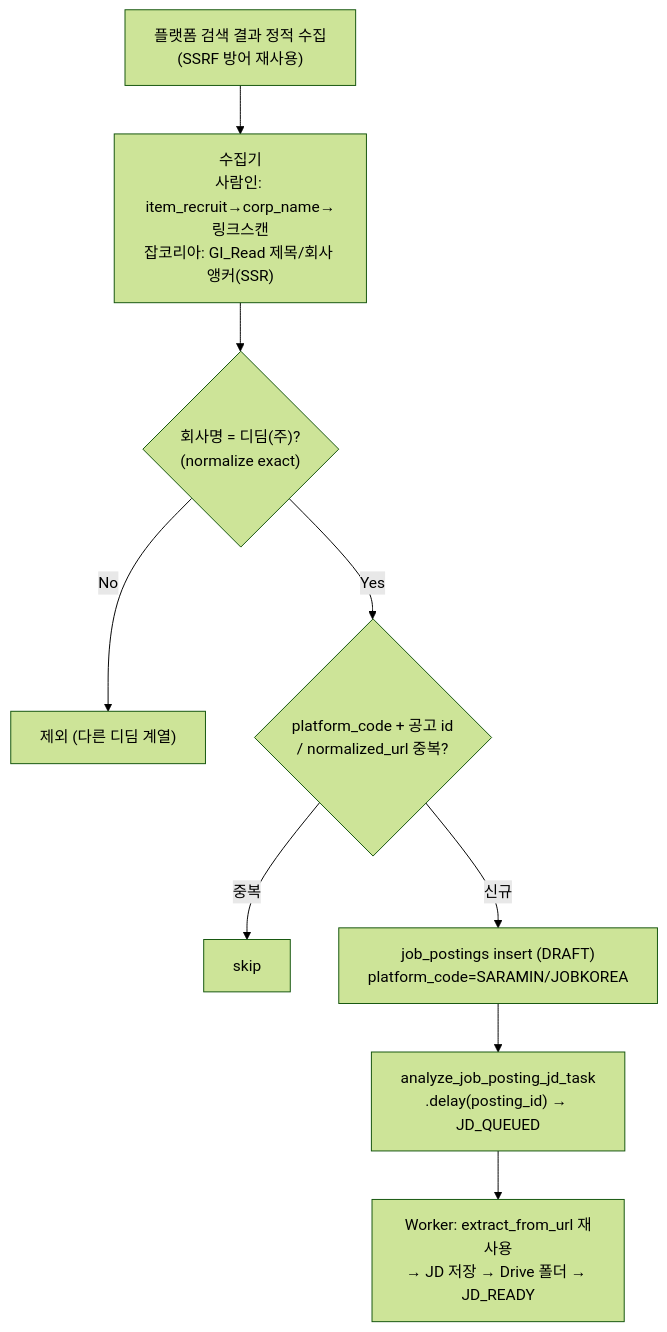
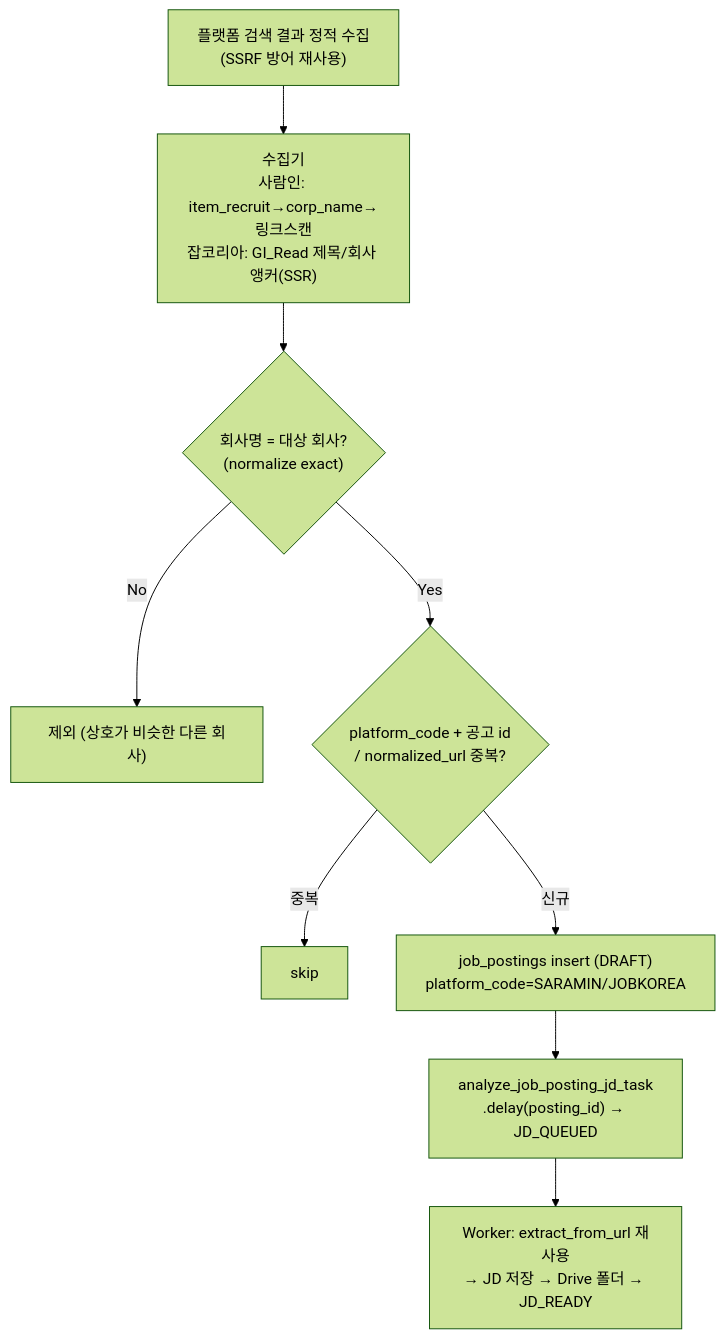
The sixth of 7 diagrams in README.md (gwanghun-choi/resume-auto-analyzer), drawn with Mermaid (forest theme) before and after one commit. The commit also changed other lines of this file and 40 other files, not shown here.

````diff
--- a/README.md
+++ b/README.md
@@ -297,11 +297,11 @@
 ```mermaid
 flowchart TD
     S["플랫폼 검색 결과 정적 수집<br/>(SSRF 방어 재사용)"] --> P["수집기<br/>사람인: item_recruit→corp_name→링크스캔<br/>잡코리아: GI_Read 제목/회사 앵커(SSR)"]
-    P --> F{"회사명 = 디딤(주)?<br/>(normalize exact)"}
-    F -->|No| X["제외 (다른 디딤 계열)"]
+    P --> F{"회사명 = 대상 회사?<br/>(normalize exact)"}
+    F -->|No| X["제외 (상호가 비슷한 다른 회사)"]
     F -->|Yes| N{"platform_code + 공고 id<br/>/ normalized_url 중복?"}
     N -->|중복| DUP["skip"]
     N -->|신규| I["job_postings insert (DRAFT)<br/>platform_code=SARAMIN/JOBKOREA"]
     I --> Q["analyze_job_posting_jd_task<br/>.delay(posting_id) → JD_QUEUED"]
     Q --> W["Worker: extract_from_url 재사용<br/>→ JD 저장 → Drive 폴더 → JD_READY"]
 ```
````
